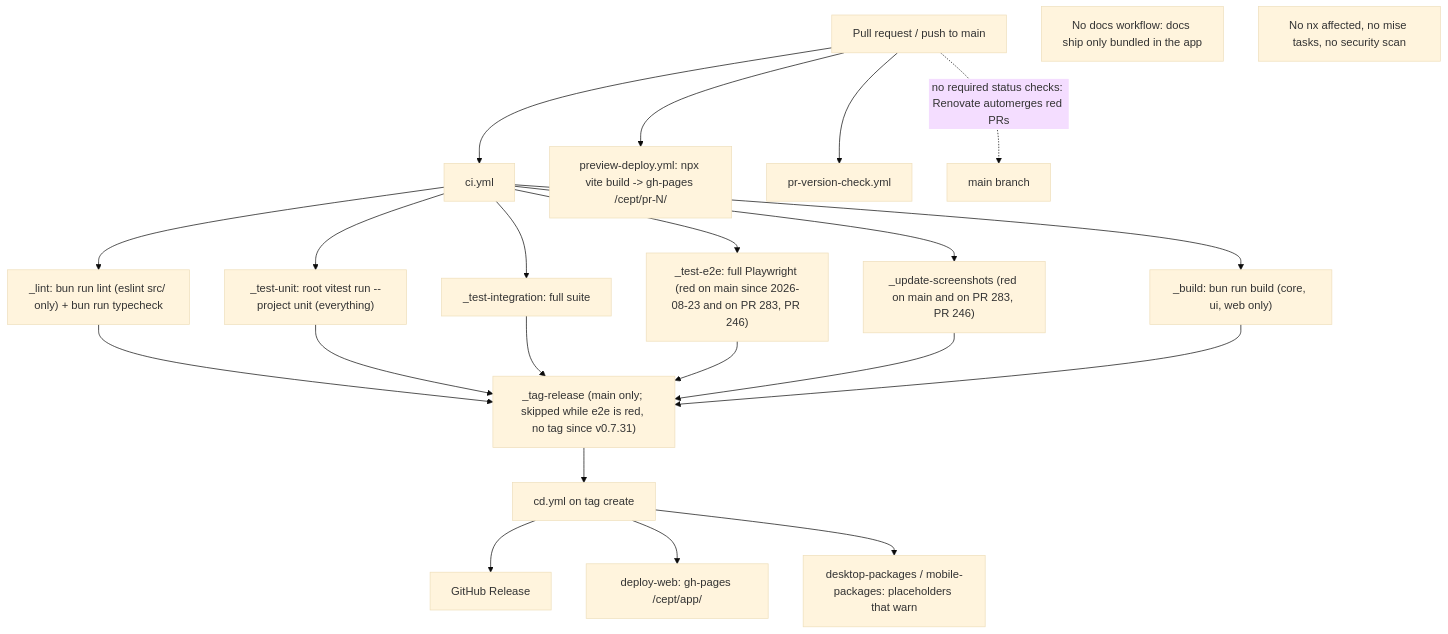
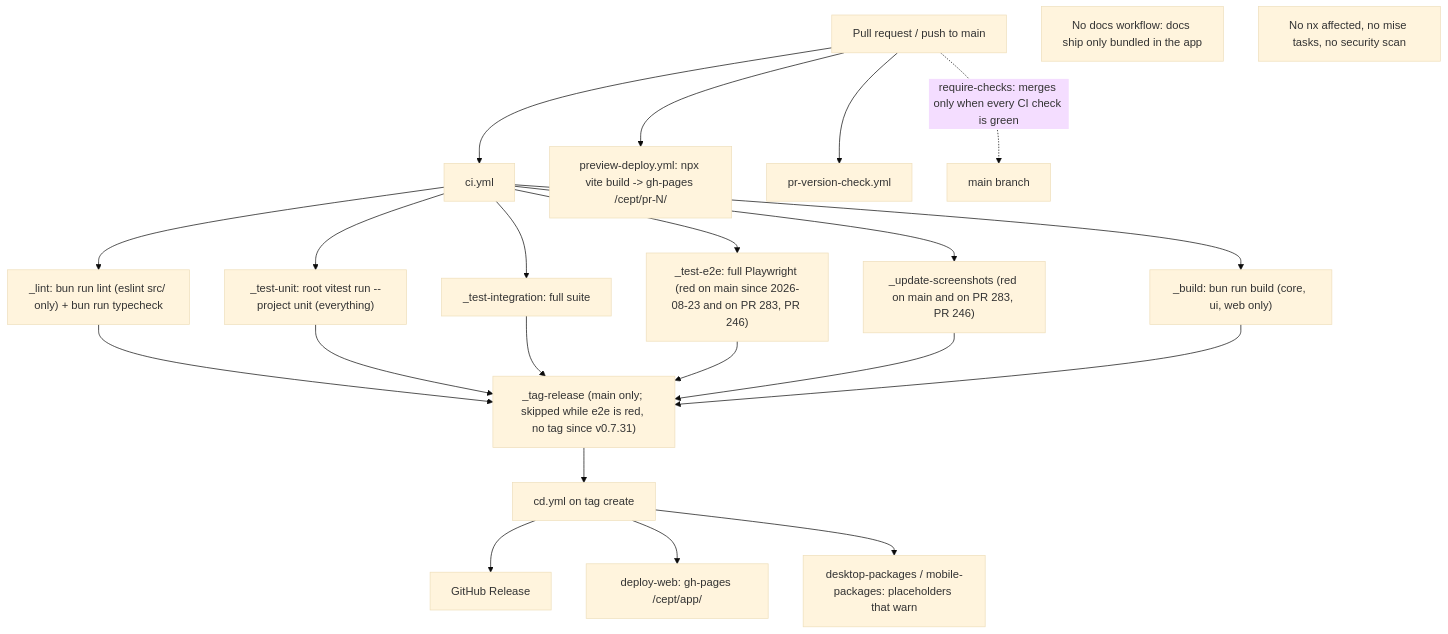
One commit to nsheaps/cept changed the second of 2 diagrams in docs/specs/requirements/10-engineering-and-ci.md. Above: the diagram before and after it, drawn with Mermaid (base theme). The commit also changed other lines of this file and 7 other files, not shown here.

First line of the commit message:
ci: require status checks on main (#373)

````diff
--- a/docs/specs/requirements/10-engineering-and-ci.md
+++ b/docs/specs/requirements/10-engineering-and-ci.md
@@ -98,20 +98,20 @@
 ```mermaid
 flowchart TD
   pr["Pull request / push to main"] --> ci["ci.yml"]
   ci --> lint["_lint: bun run lint (eslint src/ only) + bun run typecheck"]
   ci --> unit["_test-unit: root vitest run --project unit (everything)"]
   ci --> integ["_test-integration: full suite"]
   ci --> e2e["_test-e2e: full Playwright (red on main since 2026-08-23 and on PR 283, PR 246)"]
   ci --> shots["_update-screenshots (red on main and on PR 283, PR 246)"]
   ci --> build["_build: bun run build (core, ui, web only)"]
   pr --> preview["preview-deploy.yml: npx vite build -> gh-pages /cept/pr-N/"]
   pr --> vcheck["pr-version-check.yml"]
   lint & unit & integ & e2e & shots & build --> tag["_tag-release (main only; skipped while e2e is red, no tag since v0.7.31)"]
-  pr -.->|"no required status checks: Renovate automerges red PRs"| mainBranch["main branch"]
+  pr -.->|"require-checks: merges only when every CI check is green"| mainBranch["main branch"]
   tag --> cd["cd.yml on tag create"]
   cd --> rel["GitHub Release"]
   cd --> app["deploy-web: gh-pages /cept/app/"]
   cd --> nat["desktop-packages / mobile-packages: placeholders that warn"]
   nodocs["No docs workflow: docs ship only bundled in the app"]
   noaffected["No nx affected, no mise tasks, no security scan"]
 ```
````
